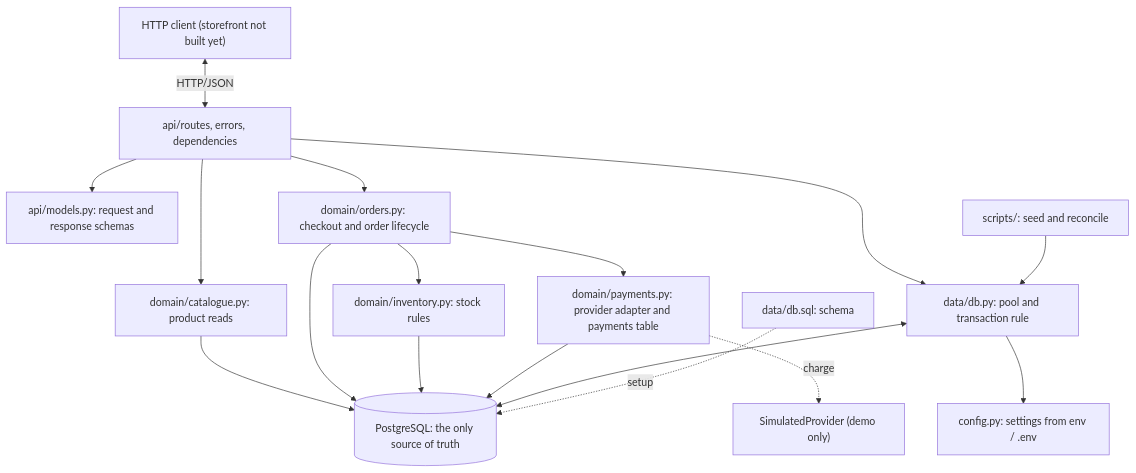
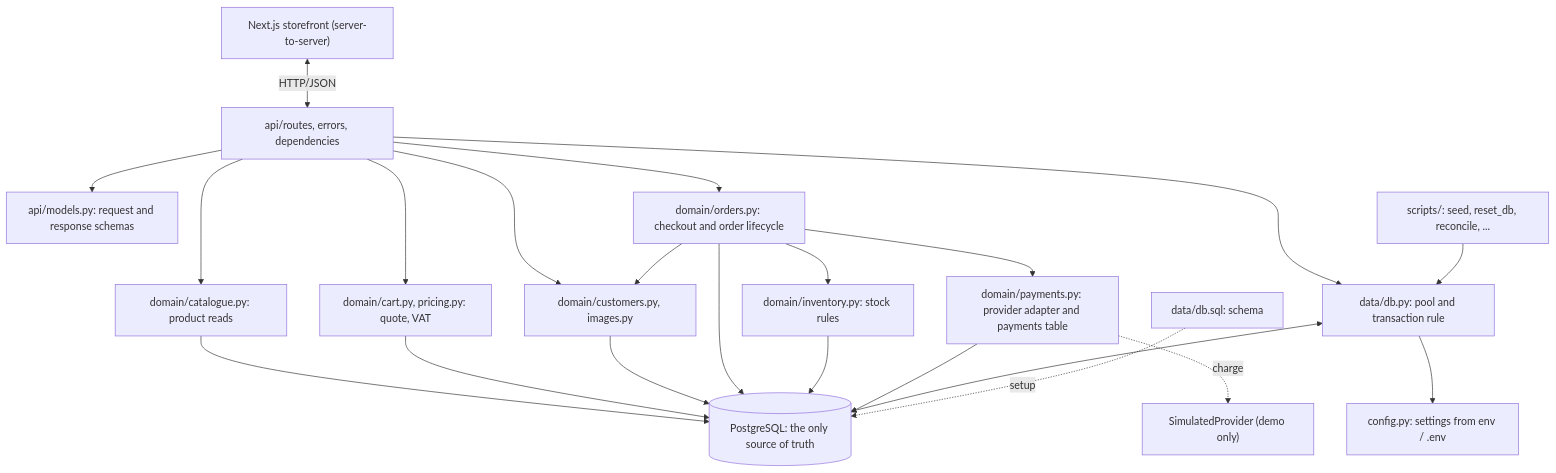
One commit to 0xEl1yahu/commercelab changed the first of 3 diagrams in docs/architecture.md. Above: the diagram before and after it, drawn with Mermaid. The commit also changed other lines of this file and 2 other files, not shown here.

Commit message:
docs: storefront backend and frontend in architecture, README and AGENTS

````diff
--- a/docs/architecture.md
+++ b/docs/architecture.md
@@ -18,33 +20,40 @@
 ```mermaid
 flowchart TD
-    CLIENT["HTTP client (storefront not built yet)"]
+    CLIENT["Next.js storefront (server-to-server)"]
     MAIN["api/routes, errors, dependencies"]
     MODELS["api/models.py: request and response schemas"]
     CAT["domain/catalogue.py: product reads"]
+    CART["domain/cart.py, pricing.py: quote, VAT"]
+    CUST["domain/customers.py, images.py"]
     ORD["domain/orders.py: checkout and order lifecycle"]
     INV["domain/inventory.py: stock rules"]
     PAY["domain/payments.py: provider adapter and payments table"]
     PROV["SimulatedProvider (demo only)"]
     DB["data/db.py: pool and transaction rule"]
     CFG["config.py: settings from env / .env"]
     PG[("PostgreSQL: the only source of truth")]
     SCHEMA["data/db.sql: schema"]
-    SEED["scripts/: seed and reconcile"]
+    SEED["scripts/: seed, reset_db, reconcile, ..."]
 
     CLIENT <-->|HTTP/JSON| MAIN
     MAIN --> MODELS
     MAIN --> CAT
+    MAIN --> CART
+    MAIN --> CUST
     MAIN --> ORD
+    ORD --> CUST
     ORD --> INV
     ORD --> PAY
     PAY -.->|charge| PROV
     MAIN --> DB
     DB --> CFG
     CAT --> PG
+    CART --> PG
+    CUST --> PG
     ORD --> PG
     INV --> PG
     PAY --> PG
     DB <--> PG
     SCHEMA -.->|setup| PG
     SEED --> DB
 ```
````
